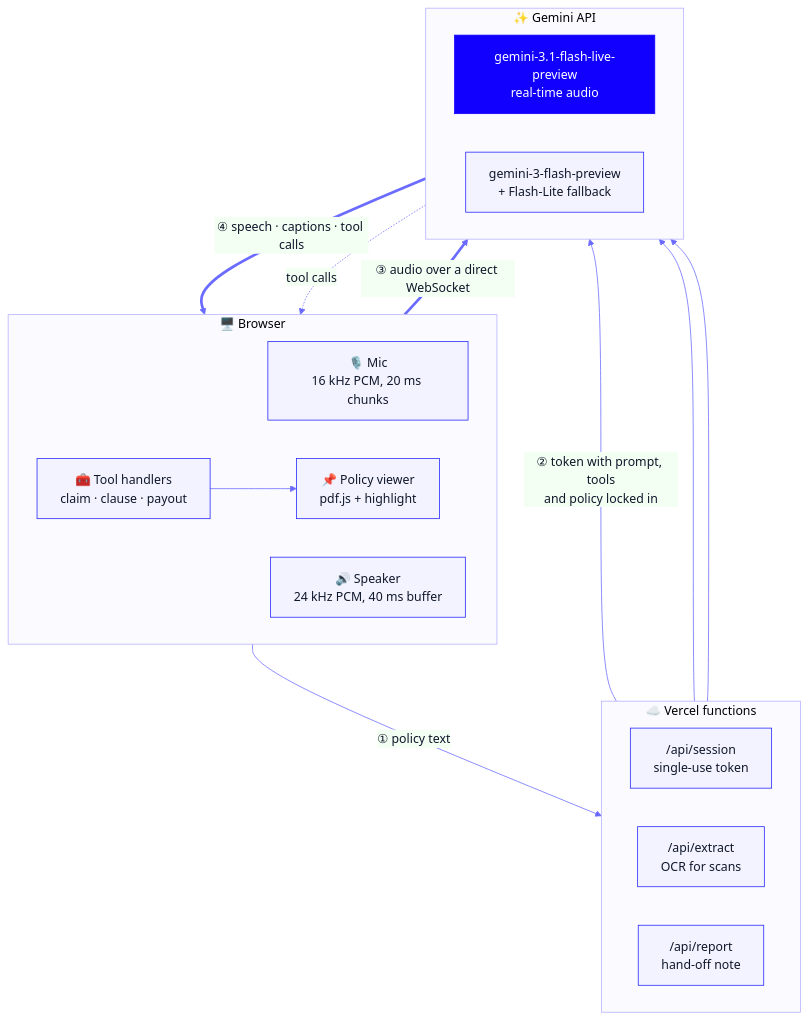
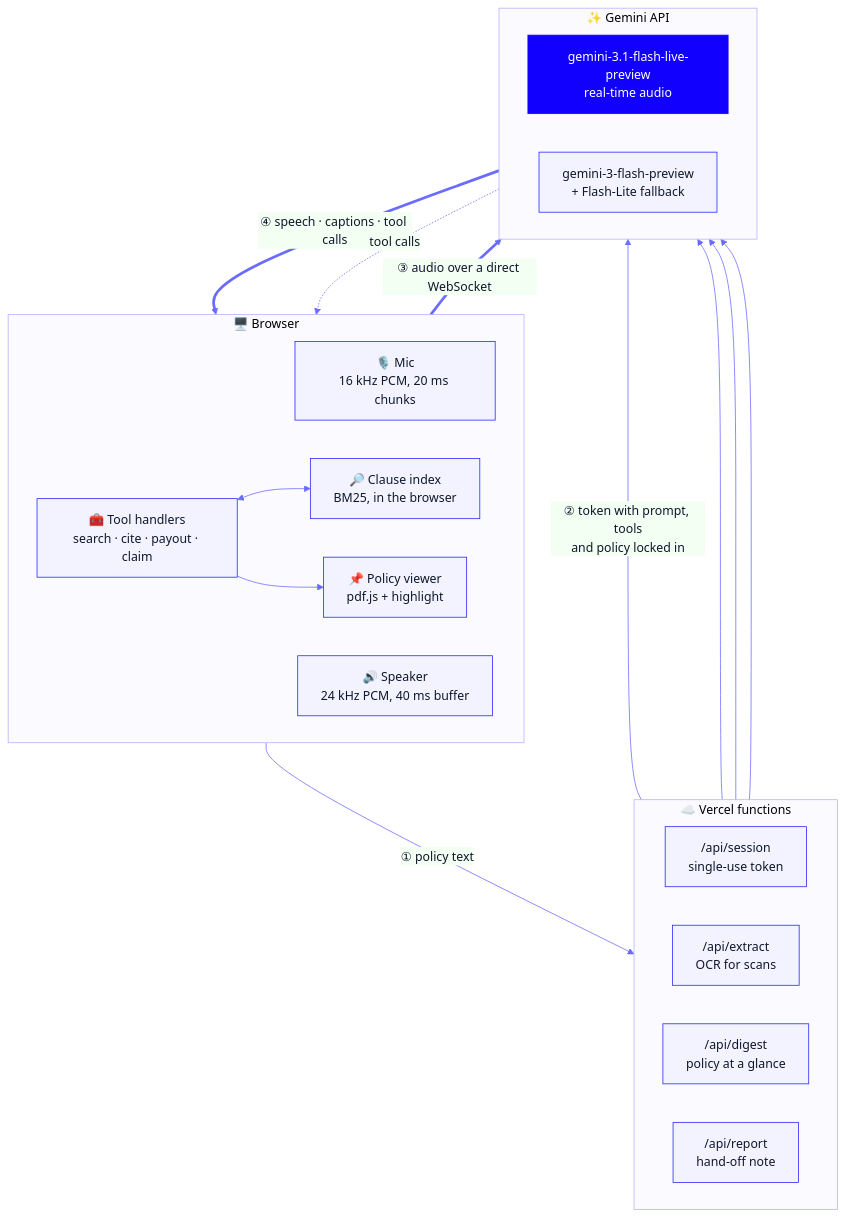
The first of 6 diagrams in README.md (sehscape/NetworkScienceTask), drawn with Mermaid before and after one commit. The commit also changed other lines of this file and 5 other files, not shown here.

Commit message:
Document long-policy search and guardrails in the README

````diff
--- a/README.md
+++ b/README.md
@@ -130,36 +157,40 @@
 ```mermaid
 %%{init: {'theme':'base','themeVariables':{'primaryColor':'#F3F3FF','primaryBorderColor':'#2424FF','primaryTextColor':'#0F172A','lineColor':'#6B6BFF','clusterBkg':'#FAFAFF','clusterBorder':'#B6B1FF'}}}%%
 flowchart TB
     subgraph B["🖥️ Browser"]
         direction LR
         MIC["🎙️ Mic<br/>16 kHz PCM, 20 ms chunks"]
         SPK["🔊 Speaker<br/>24 kHz PCM, 40 ms buffer"]
-        TOOLS["🧰 Tool handlers<br/>claim · clause · payout"]
+        TOOLS["🧰 Tool handlers<br/>search · cite · payout · claim"]
+        IDX["🔎 Clause index<br/>BM25, in the browser"]
         VIEW["📌 Policy viewer<br/>pdf.js + highlight"]
     end
 
     subgraph V["☁️ Vercel functions"]
         direction LR
         SES["/api/session<br/>single-use token"]
         EXT["/api/extract<br/>OCR for scans"]
+        DIG["/api/digest<br/>policy at a glance"]
         REP["/api/report<br/>hand-off note"]
     end
 
     subgraph G["✨ Gemini API"]
         direction LR
         LIVE["gemini-3.1-flash-live-preview<br/>real-time audio"]
         TEXT["gemini-3-flash-preview<br/>+ Flash-Lite fallback"]
     end
 
     B -- "① policy text" --> SES
     SES -- "② token with prompt, tools<br/>and policy locked in" --> LIVE
     MIC == "③ audio over a direct WebSocket" ==> LIVE
     LIVE == "④ speech · captions · tool calls" ==> SPK
     LIVE -. "tool calls" .-> TOOLS
+    TOOLS <--> IDX
     TOOLS --> VIEW
     EXT --> TEXT
+    DIG --> TEXT
     REP --> TEXT
 
     classDef accent fill:#1200FF,stroke:#1200FF,color:#ffffff
     class LIVE accent
 ```
````
